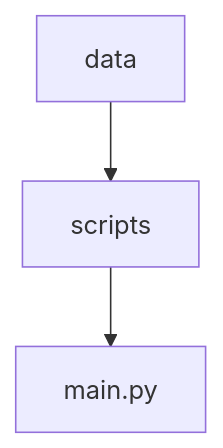
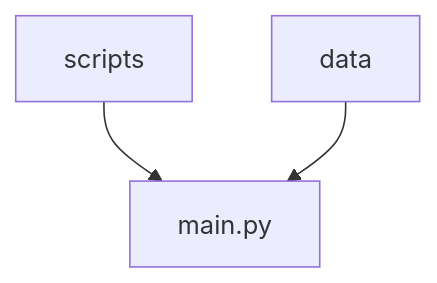
Before and after one commit to lombarma/ProjetE3FIAccidentsMortels: the diagram in README.md, drawn with Mermaid.

````diff
--- a/README.md
+++ b/README.md
@@ -3,5 +3,5 @@
 ```mermaid
 graph TD
 A[scripts] --> B[main.py]
-C[data] --> A
+C[data] --> B
 ```
````
